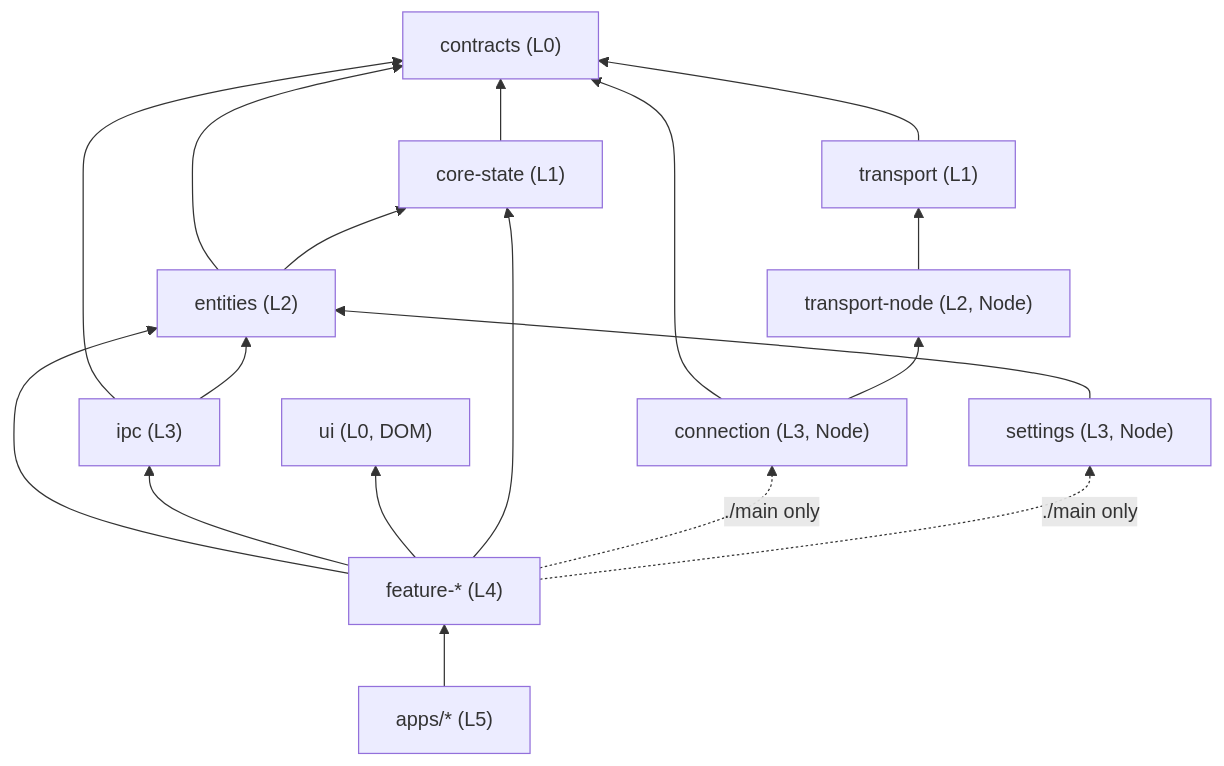
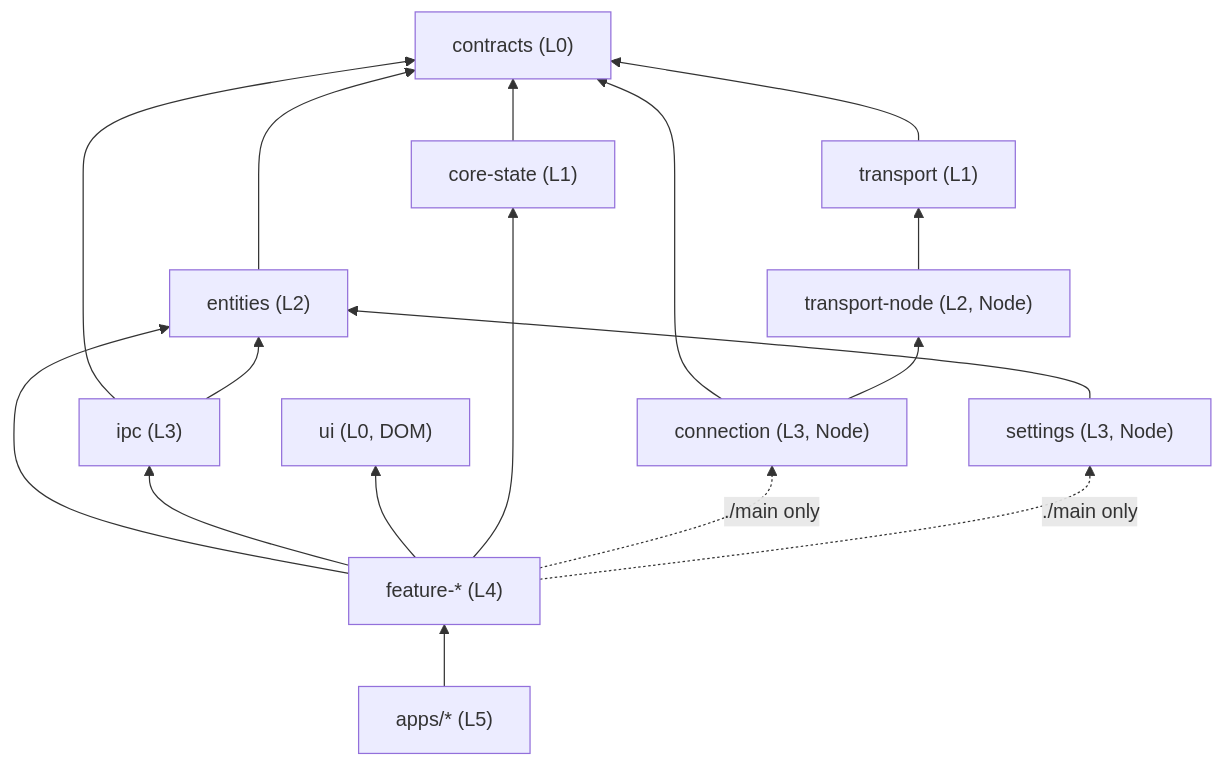
One commit to uw-syfi/vibesys changed the diagram in docs/contributing/clients-architecture.md. Above: the diagram before and after it, drawn with Mermaid. The commit also changed other lines of this file, not shown here.

Commit message:
docs(ui): entities depends only on contracts, as its manifest declares

````diff
--- a/docs/contributing/clients-architecture.md
+++ b/docs/contributing/clients-architecture.md
@@ -56,15 +56,15 @@
 ```mermaid
 flowchart BT
   contracts["contracts (L0)"]
   ui["ui (L0, DOM)"]
   core-state["core-state (L1)"] --> contracts
   transport["transport (L1)"] --> contracts
-  entities["entities (L2)"] --> contracts & core-state
+  entities["entities (L2)"] --> contracts
   transport-node["transport-node (L2, Node)"] --> transport
   ipc["ipc (L3)"] --> contracts & entities
   connection["connection (L3, Node)"] --> contracts & transport-node
   settings["settings (L3, Node)"] --> entities
   features["feature-* (L4)"] --> entities & ipc & ui & core-state
   features -. "./main only" .-> connection & settings
   apps["apps/* (L5)"] --> features
 ```
````
